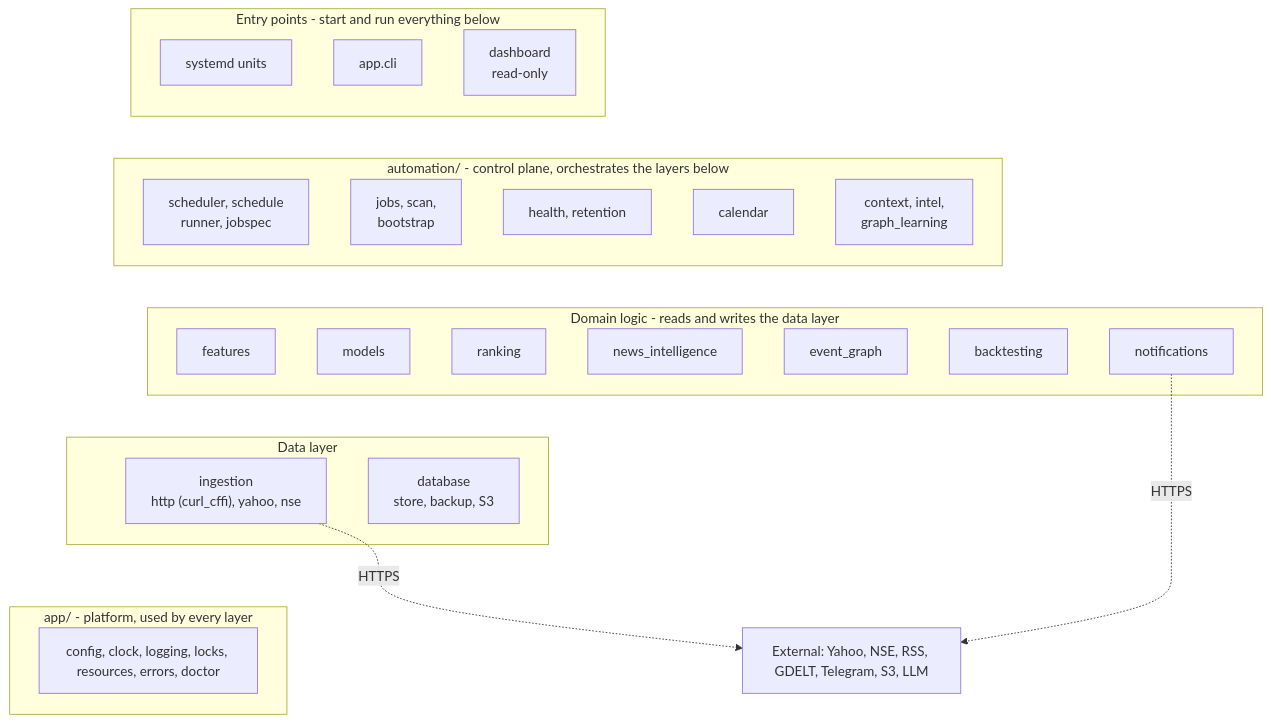
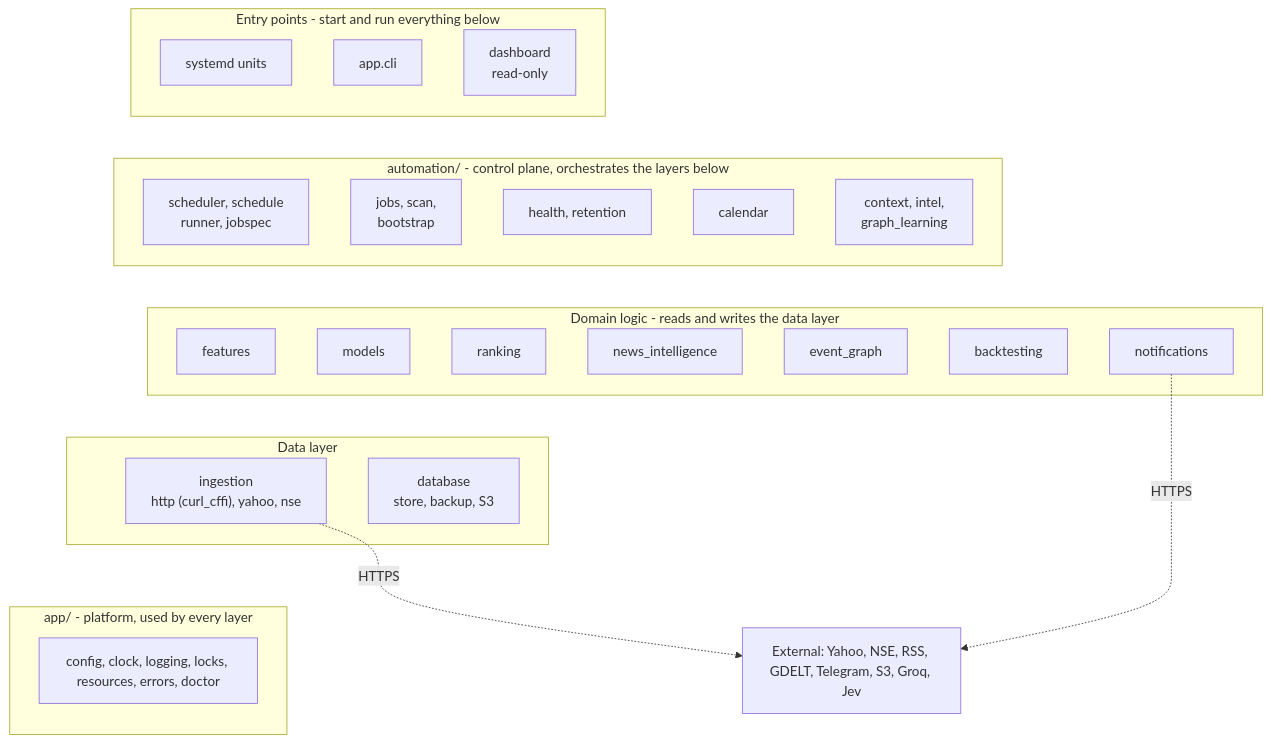
Before and after one commit to amansoni7477030/MonsterStock_AI: the second of 3 diagrams in MONSTER-AI/README.md, drawn with Mermaid. The commit also changed other lines of this file and 6 other files, not shown here.

````diff
--- a/MONSTER-AI/README.md
+++ b/MONSTER-AI/README.md
@@ -97,38 +99,38 @@
 ```mermaid
 flowchart TB
     subgraph L0["Entry points - start and run everything below"]
         UNITS["systemd units"]
         CLI["app.cli"]
         DASH["dashboard<br/>read-only"]
     end
     subgraph L1["automation/ - control plane, orchestrates the layers below"]
         SCHED["scheduler, schedule<br/>runner, jobspec"]
         JOBS["jobs, scan,<br/>bootstrap"]
         HEALTHM["health, retention"]
         CALM["calendar"]
         CTXM["context, intel,<br/>graph_learning"]
     end
     subgraph L2["Domain logic - reads and writes the data layer"]
         FEAT["features"]
         MOD["models"]
         RANK["ranking"]
         NEWS["news_intelligence"]
         GRAPH["event_graph"]
         BT["backtesting"]
         NOTIF["notifications"]
     end
     subgraph L3["Data layer"]
         ING["ingestion<br/>http (curl_cffi), yahoo, nse"]
         DBL["database<br/>store, backup, S3"]
     end
     subgraph L4["app/ - platform, used by every layer"]
         PLAT["config, clock, logging, locks, resources, errors, doctor"]
     end
-    EXT["External: Yahoo, NSE, RSS, GDELT, Telegram, S3, LLM"]
+    EXT["External: Yahoo, NSE, RSS, GDELT, Telegram, S3, Groq, Jev"]
     UNITS ~~~ SCHED
     SCHED ~~~ FEAT
     FEAT ~~~ ING
     ING ~~~ PLAT
     ING -.->|"HTTPS"| EXT
     NOTIF -.->|"HTTPS"| EXT
 ```
````
